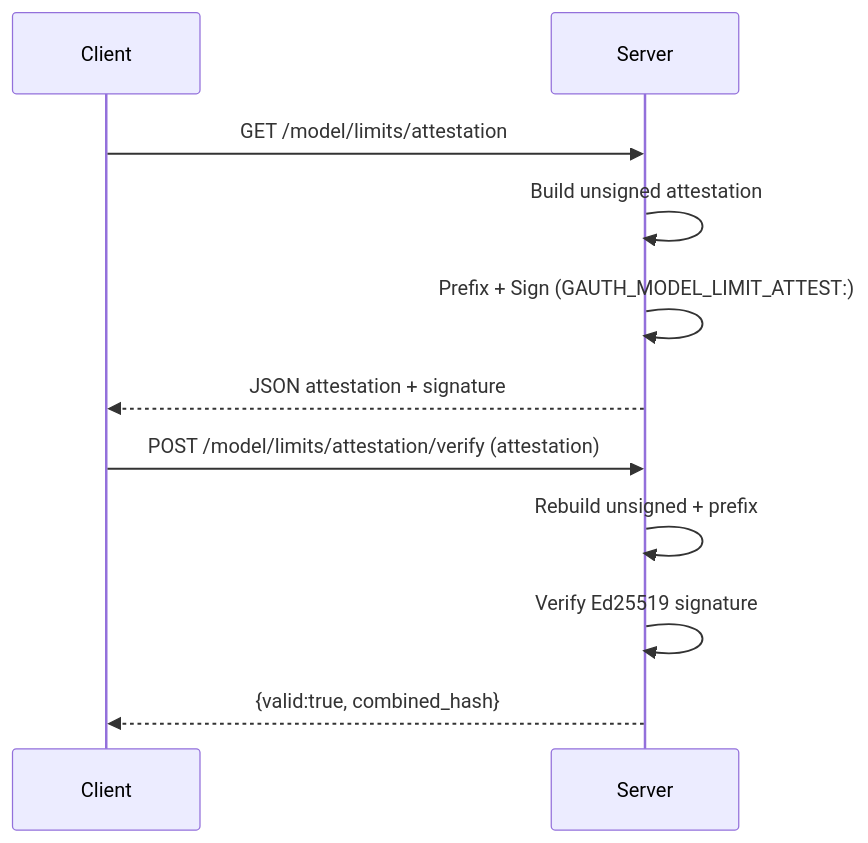
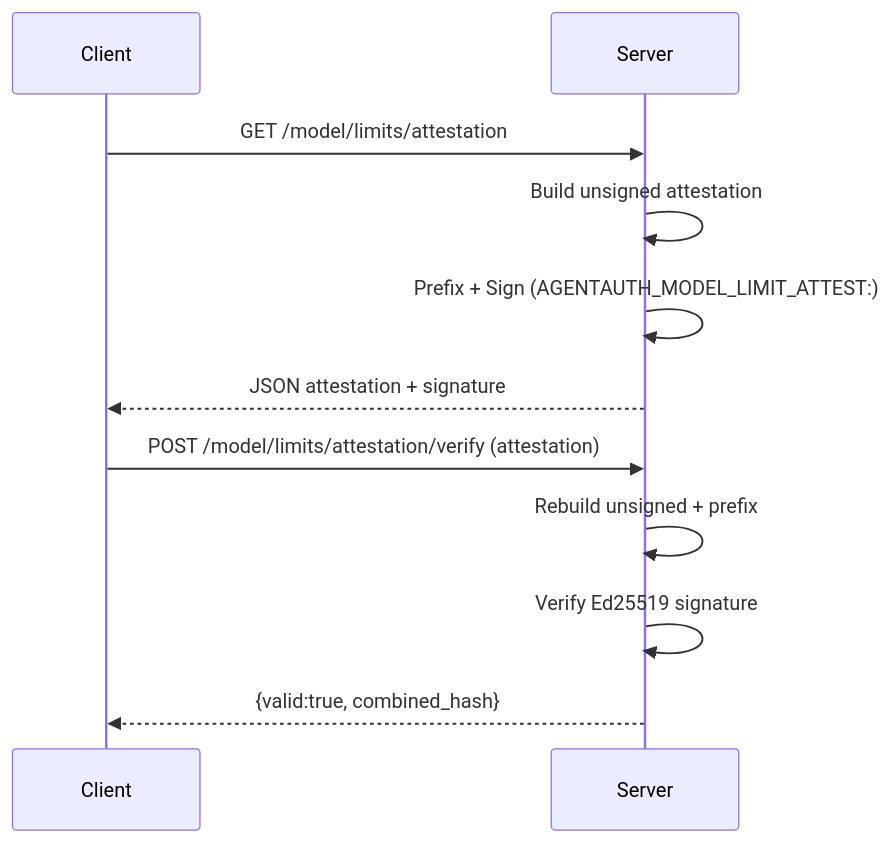
The second of 5 diagrams in docs/DIAGRAM_PLACEHOLDERS.md (mauriciomferz/Gauth_go), drawn with Mermaid before and after one commit. The commit also changed 1876 other files, not shown here.

````diff
--- a/docs/DIAGRAM_PLACEHOLDERS.md
+++ b/docs/DIAGRAM_PLACEHOLDERS.md
@@ -27,13 +27,13 @@
 ```mermaid
 sequenceDiagram
     participant Client
     participant Server
     Client->>Server: GET /model/limits/attestation
     Server->>Server: Build unsigned attestation
-    Server->>Server: Prefix + Sign (GAUTH_MODEL_LIMIT_ATTEST:)
+    Server->>Server: Prefix + Sign (AGENTAUTH_MODEL_LIMIT_ATTEST:)
     Server-->>Client: JSON attestation + signature
     Client->>Server: POST /model/limits/attestation/verify (attestation)
     Server->>Server: Rebuild unsigned + prefix
     Server->>Server: Verify Ed25519 signature
     Server-->>Client: {valid:true, combined_hash}
 ```
````
